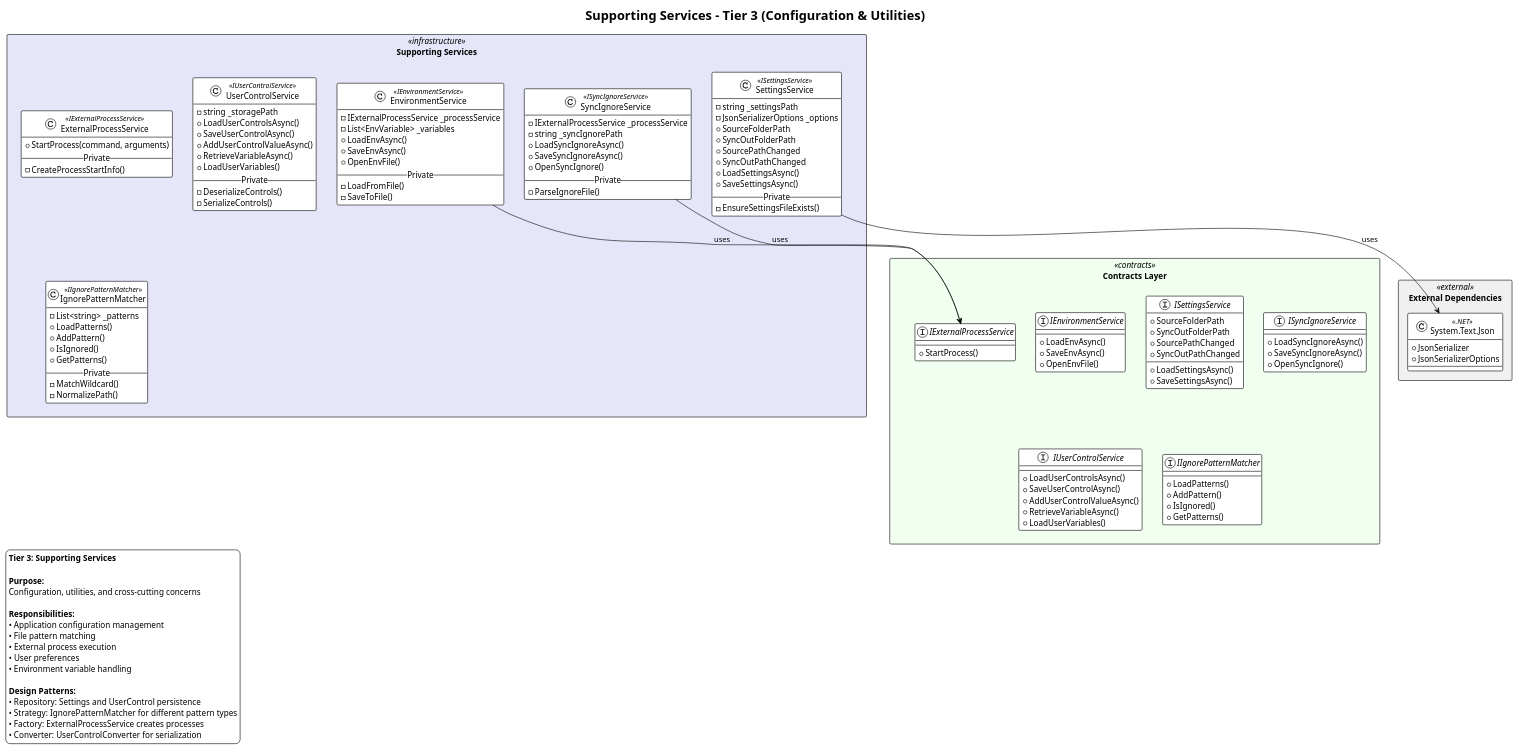
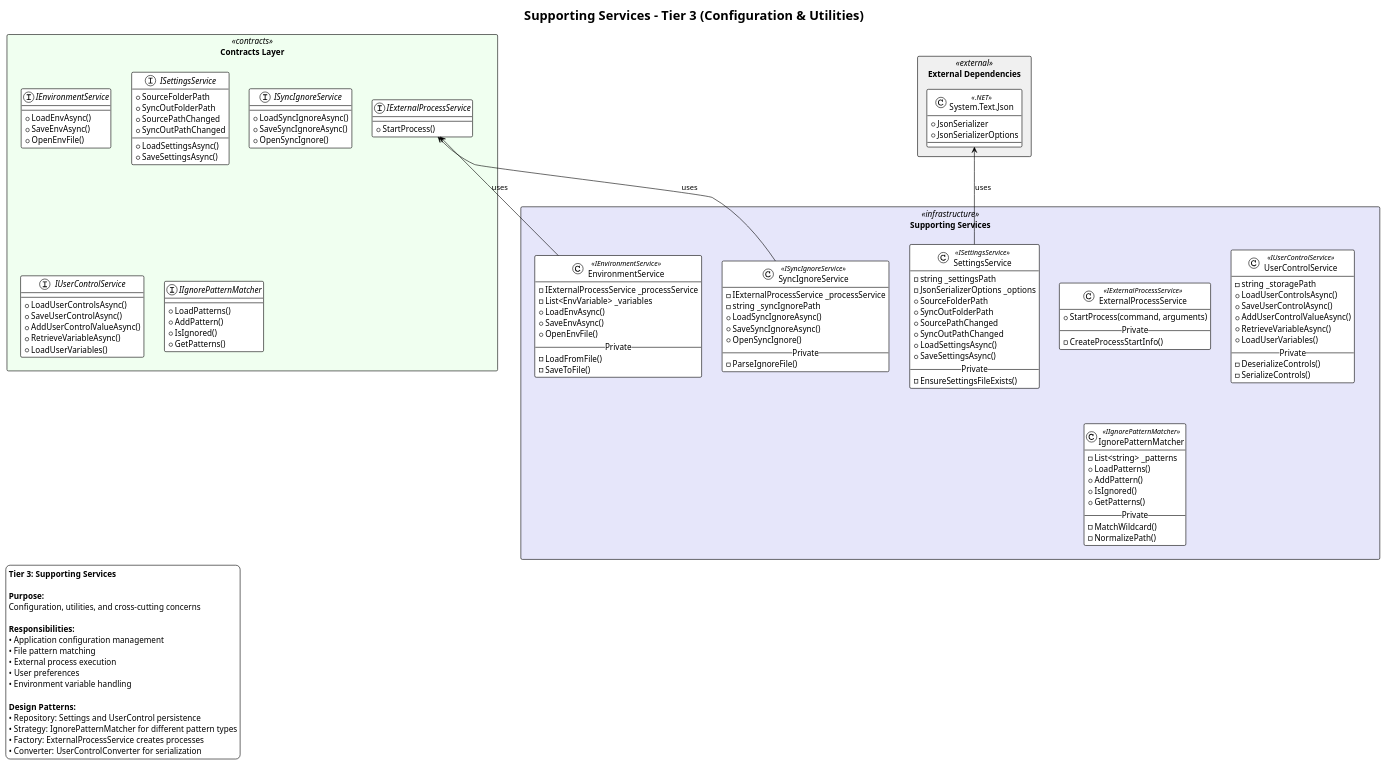
One commit to ReflexLevel0/DockerBuildboxSystem changed the diagram in docs/architecture/detailed/service-tiers/Tier-3-Supporting-Services.wsd. Above: the diagram before and after it, drawn with PlantUML. The commit also changed 1 other file, not shown here.

```diff
--- a/docs/architecture/detailed/service-tiers/Tier-3-Supporting-Services.wsd
+++ b/docs/architecture/detailed/service-tiers/Tier-3-Supporting-Services.wsd
@@ -133,11 +133,11 @@
 ' ====================================================================
 
 ' Dependencies
-EnvironmentService --> IExternalProcessService : uses
-SyncIgnoreService --> IExternalProcessService : uses
-SettingsService --> SystemTextJson : uses
+EnvironmentService -up-> IExternalProcessService : uses
+SyncIgnoreService -up-> IExternalProcessService : uses
+SettingsService -up-> SystemTextJson : uses
 
-contracts -[hidden]down-> infrastructure
+contracts -[hidden]up-> infrastructure
 
 ' ====================================================================
 ' NOTES
```
